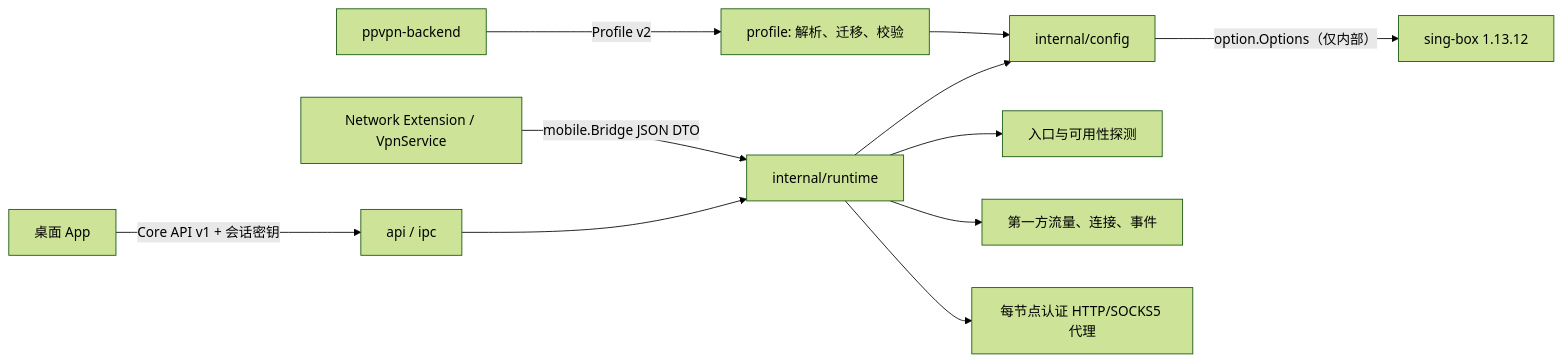
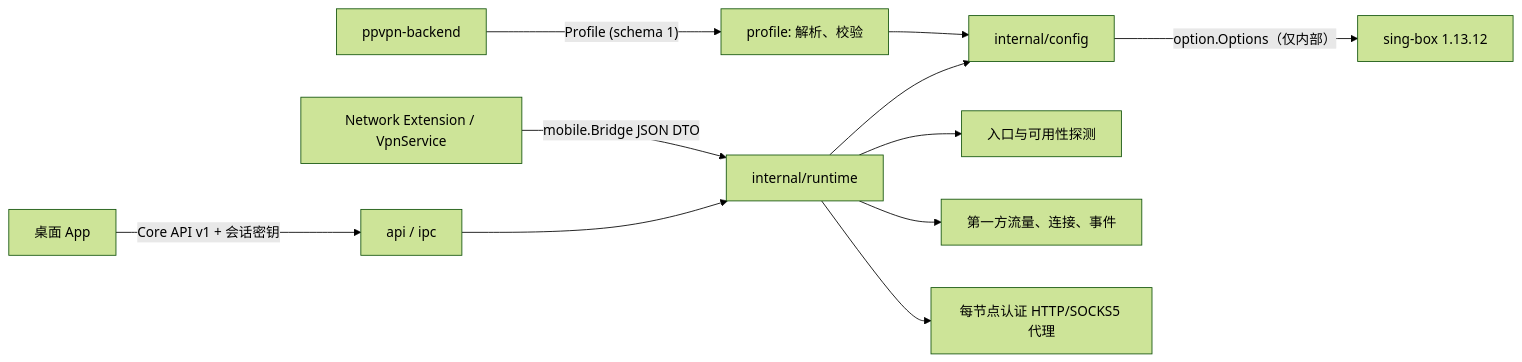
The first of 2 diagrams in docs/architecture.md (peakpassvpn/ppvpn-client), drawn with Mermaid (forest theme) before and after one commit. The commit also changed other lines of this file and 46 other files, not shown here.

````diff
--- a/docs/architecture.md
+++ b/docs/architecture.md
@@ -7,13 +7,13 @@
 ```mermaid
 flowchart LR
-  Backend["ppvpn-backend"] -->|"Profile v2"| Profile["profile: 解析、迁移、校验"]
+  Backend["ppvpn-backend"] -->|"Profile (schema 1)"| Profile["profile: 解析、校验"]
   Desktop["桌面 App"] -->|"Core API v1 + 会话密钥"| API["api / ipc"]
   Mobile["Network Extension / VpnService"] -->|"mobile.Bridge JSON DTO"| Runtime["internal/runtime"]
   API --> Runtime
   Profile --> Builder["internal/config"]
   Runtime --> Builder
   Builder -->|"option.Options（仅内部）"| SingBox["sing-box 1.13.12"]
   Runtime --> Probe["入口与可用性探测"]
   Runtime --> Telemetry["第一方流量、连接、事件"]
   Runtime --> LocalProxy["每节点认证 HTTP/SOCKS5 代理"]
 ```
````
